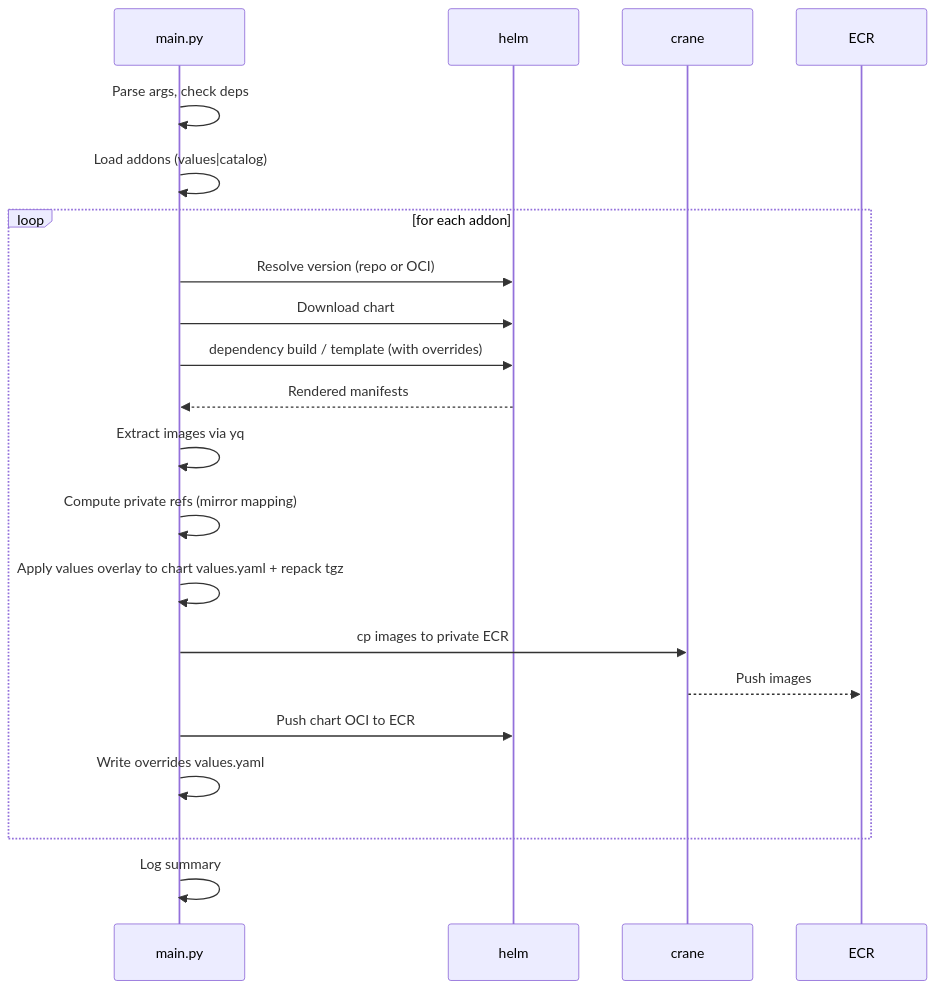
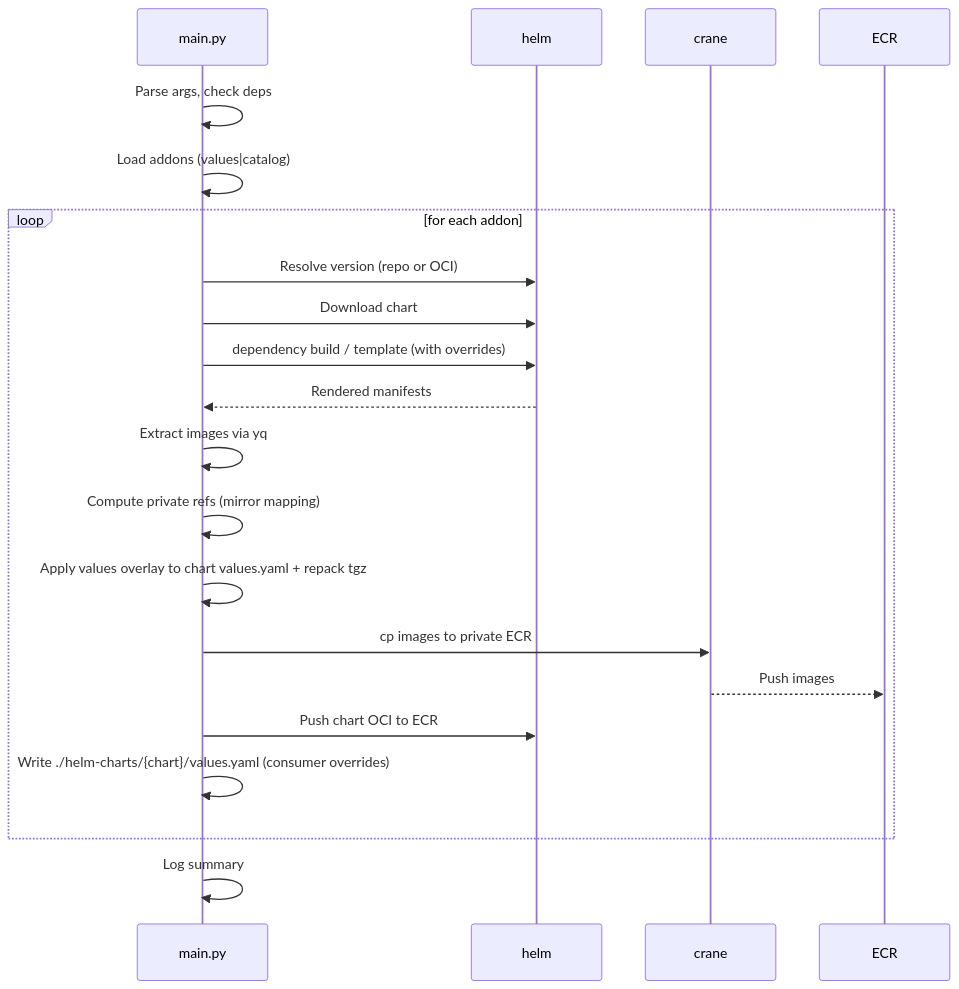
The second of 2 diagrams in README.md (hisume/airgap-charts), drawn with Mermaid before and after one commit. The commit also changed other lines of this file, not shown here.

````diff
--- a/README.md
+++ b/README.md
@@ -61,24 +87,24 @@
 ```mermaid
 sequenceDiagram
   participant CLI as main.py
   participant Helm as helm
   participant Crane as crane
   participant AWS as ECR
 
   CLI->>CLI: Parse args, check deps
   CLI->>CLI: Load addons (values|catalog)
   loop for each addon
     CLI->>Helm: Resolve version (repo or OCI)
     CLI->>Helm: Download chart
     CLI->>Helm: dependency build / template (with overrides)
     Helm-->>CLI: Rendered manifests
     CLI->>CLI: Extract images via yq
     CLI->>CLI: Compute private refs (mirror mapping)
     CLI->>CLI: Apply values overlay to chart values.yaml + repack tgz
     CLI->>Crane: cp images to private ECR
     Crane-->>AWS: Push images
     CLI->>Helm: Push chart OCI to ECR
-    CLI->>CLI: Write overrides values.yaml
+    CLI->>CLI: Write ./helm-charts/{chart}/values.yaml (consumer overrides)
   end
   CLI->>CLI: Log summary
 ```
````
